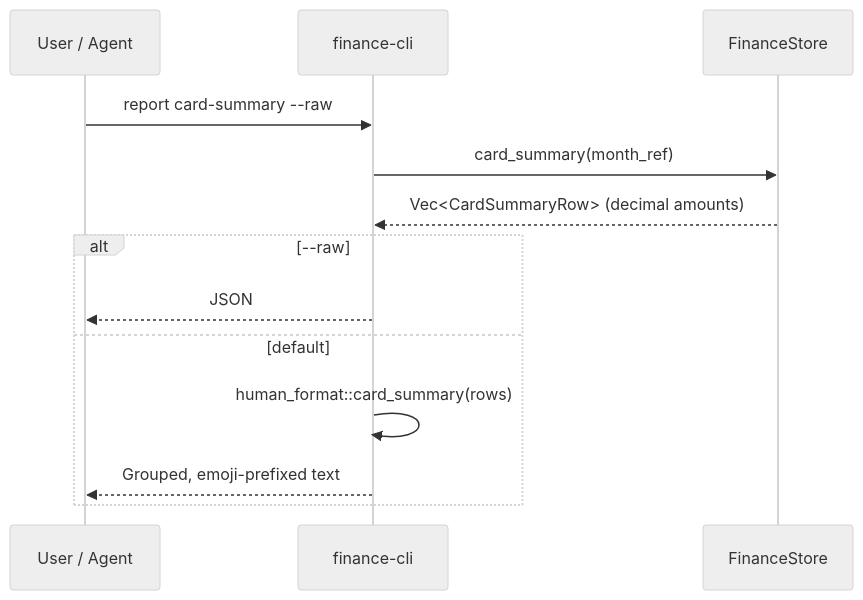
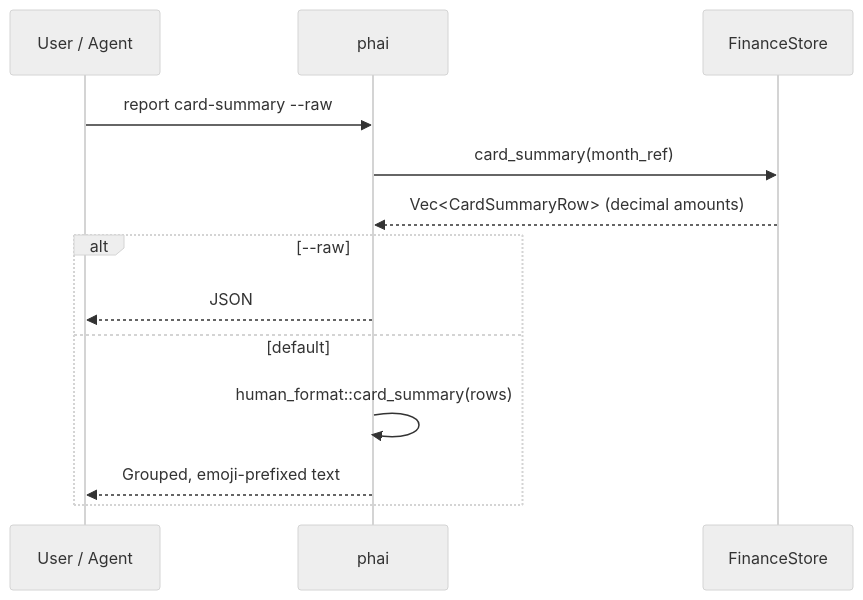
One commit to phai-run/phai changed the third of 3 diagrams in docs/ARCHITECTURE.md. Above: the diagram before and after it, drawn with Mermaid (neutral theme). The commit also changed other lines of this file and 29 other files, not shown here.

````diff
--- a/docs/ARCHITECTURE.md
+++ b/docs/ARCHITECTURE.md
@@ -165,15 +165,15 @@
 ```mermaid
 sequenceDiagram
     participant U as User / Agent
-    participant CLI as finance-cli
+    participant CLI as phai
     participant S as FinanceStore
     U->>CLI: report card-summary --raw
     CLI->>S: card_summary(month_ref)
     S-->>CLI: Vec<CardSummaryRow>  (decimal amounts)
     alt --raw
         CLI-->>U: JSON
     else default
         CLI->>CLI: human_format::card_summary(rows)
         CLI-->>U: Grouped, emoji-prefixed text
     end
 ```
````
